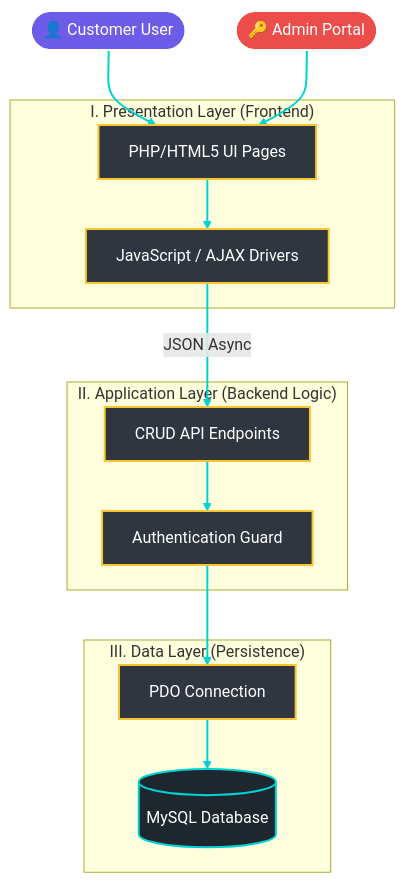
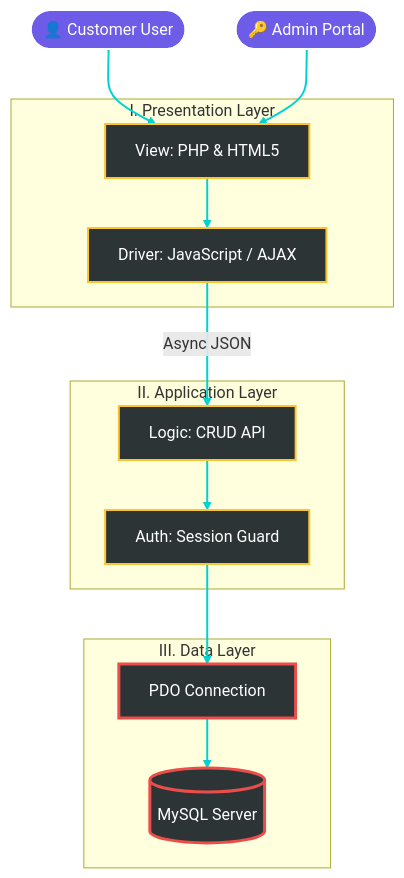
The first of 3 diagrams in DOCUMENTATION.md (Jaylo01/tech-noblade), drawn with Mermaid before and after one commit. The commit also changed other lines of this file, not shown here.

Commit message:
DOCS: High-fidelity visual redesign with stylized flowcharts

````diff
--- a/DOCUMENTATION.md
+++ b/DOCUMENTATION.md
@@ -12,38 +12,38 @@
 ```mermaid
 graph TD
-    %% Theme Definitions
-    classDef main fill:#1e272e,stroke:#00d2d3,stroke-width:2px,color:#fff;
-    classDef layer fill:#2f3640,stroke:#fbc531,stroke-width:2px,color:#fff;
+    %% Global Styles
+    classDef main fill:#1e272e,stroke:#00d2d3,stroke-width:3px,color:#fff;
+    classDef layer fill:#2d3436,stroke:#fbc531,stroke-width:2px,color:#fff;
     classDef accent fill:#6c5ce7,stroke:#fff,stroke-width:2px,color:#fff;
-    classDef highlight fill:#eb4d4b,stroke:#fff,stroke-width:2px,color:#fff;
+    classDef dbNode fill:#2d3436,stroke:#eb4d4b,stroke-width:3px,color:#fff;
 
-    %% Elements
+    %% Nodes
     User([👤 Customer User]):::accent
-    Admin([🔑 Admin Portal]):::highlight
+    Admin([🔑 Admin Portal]):::accent
 
-    subgraph "I. Presentation Layer (Frontend)"
-        UI[PHP/HTML5 UI Pages]:::layer
-        JS[JavaScript / AJAX Drivers]:::layer
+    subgraph "I. Presentation Layer"
+        UI[View: PHP & HTML5]:::layer
+        JS[Driver: JavaScript / AJAX]:::layer
     end
 
-    subgraph "II. Application Layer (Backend Logic)"
-        API[CRUD API Endpoints]:::layer
-        Guard[Authentication Guard]:::layer
+    subgraph "II. Application Layer"
+        API[Logic: CRUD API]:::layer
+        Guard[Auth: Session Guard]:::layer
     end
 
-    subgraph "III. Data Layer (Persistence)"
-        Conn[PDO Connection]:::layer
-        MySQL[(MySQL Database)]:::main
+    subgraph "III. Data Layer"
+        Conn[PDO Connection]:::dbNode
+        MySQL[(MySQL Server)]:::dbNode
     end
 
-    %% Logic Flow
+    %% Flow
     User & Admin --> UI
     UI --> JS
-    JS -- "JSON Async" --> API
+    JS -- "Async JSON" --> API
     API --> Guard
     Guard --> Conn
     Conn --> MySQL
 
-    %% Link Aesthetics
+    %% Link Styling
     linkStyle default stroke:#00d2d3,stroke-width:2px;
 ```
````
